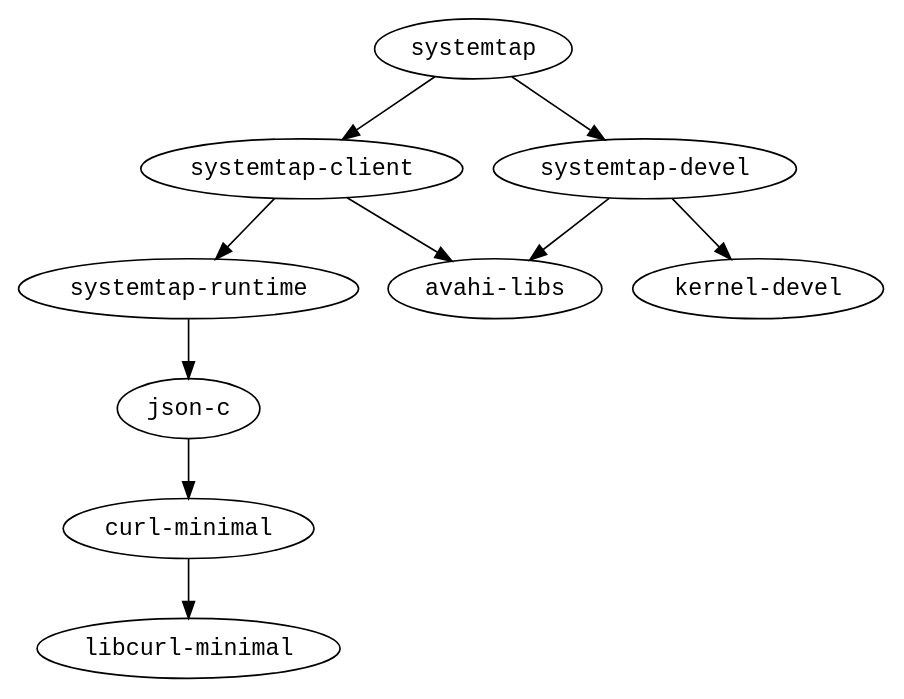
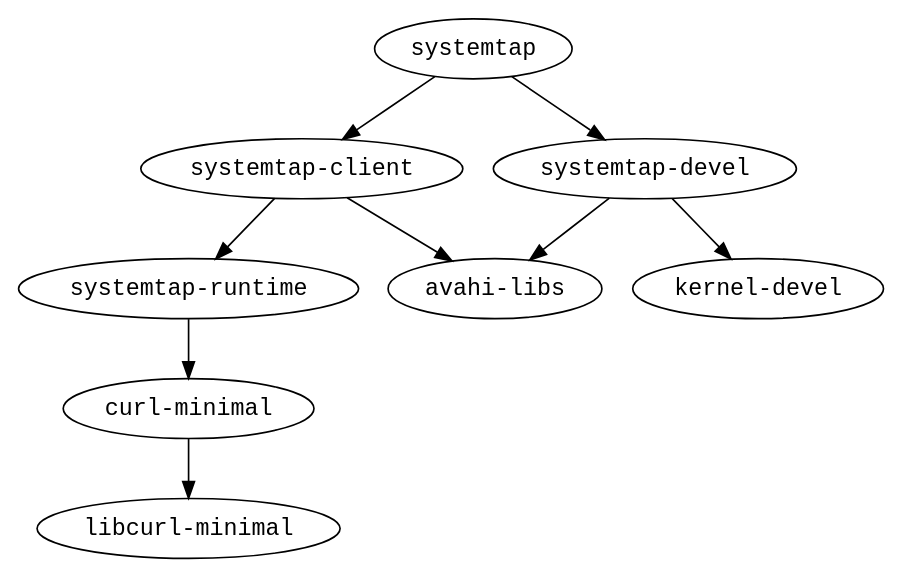
The diagram in modules/systemtap/armv7hl/graph.dot (fedora-modularity/dependency-report), drawn with Graphviz before and after one commit. The commit also changed 3439 other files, not shown here.

```diff
--- a/modules/systemtap/armv7hl/graph.dot
+++ b/modules/systemtap/armv7hl/graph.dot
@@ -1,12 +1,11 @@
 strict digraph G {
 node [fontname=monospace];
   "curl-minimal" -> "libcurl-minimal";
-  "json-c" -> "curl-minimal";
   "systemtap-client" -> "avahi-libs";
   "systemtap-client" -> "systemtap-runtime";
   "systemtap-devel" -> "avahi-libs";
   "systemtap-devel" -> "kernel-devel";
-  "systemtap-runtime" -> "json-c";
+  "systemtap-runtime" -> "curl-minimal";
   "systemtap" -> "systemtap-client";
   "systemtap" -> "systemtap-devel";
 }
```
